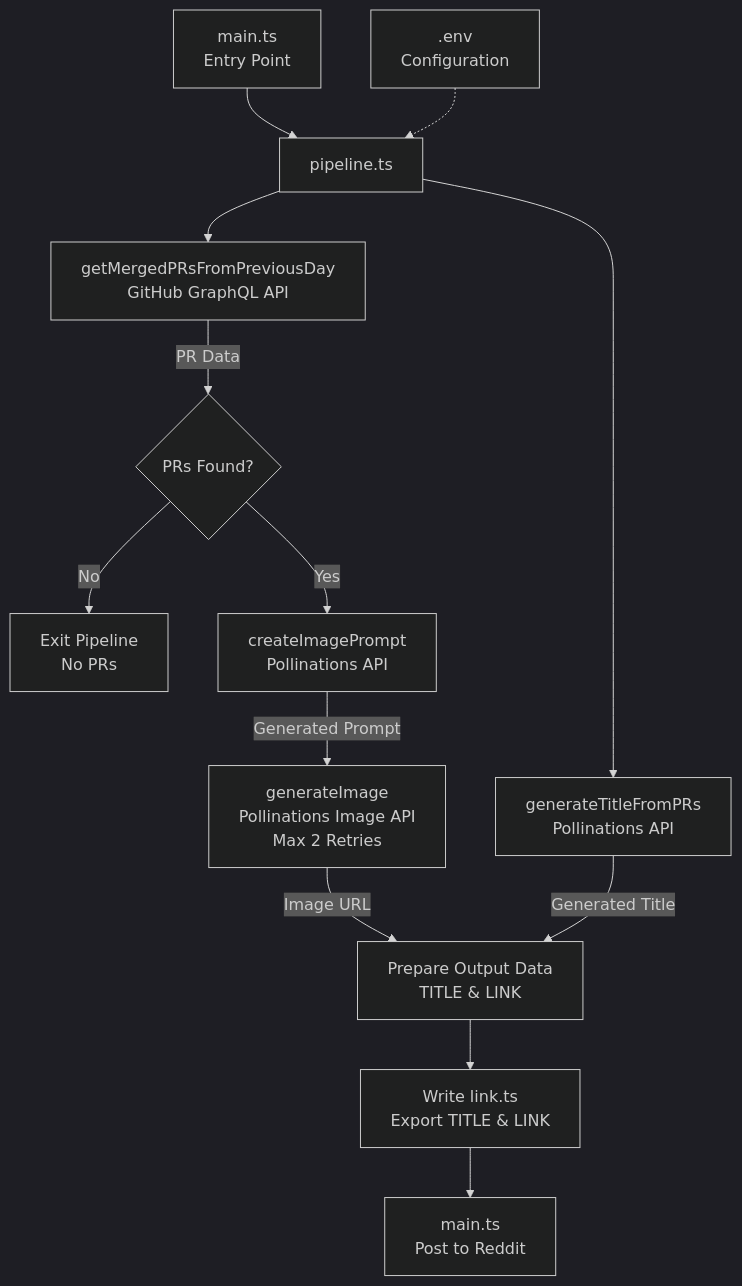
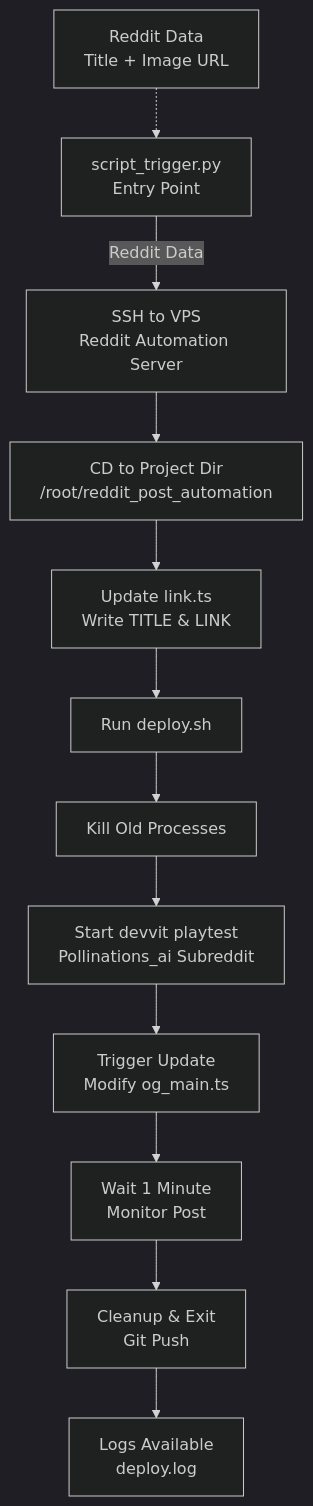
Before and after one commit to pollinations/pollinations: the diagram in social/reddit/README.md, drawn with Mermaid (dark theme). The commit also changed other lines of this file and 451 other files, not shown here.

First line of the commit message:
refactor: consolidate social news pipeline into 3-tier architecture (#8155)

````diff
--- a/social/reddit/README.md
+++ b/social/reddit/README.md
@@ -7,19 +7,17 @@
 ```mermaid
 graph TD
-    A[main.ts<br/>Entry Point] --> B[pipeline.ts]
-    D[.env<br/>Configuration] -.-> B
+    A["script_trigger.py<br/>Entry Point"] -->|Reddit Data| B["SSH to VPS<br/>Reddit Automation Server"]
+    D["Reddit Data<br/>Title + Image URL"] -.-> A
     
-    B --> C["getMergedPRsFromPreviousDay<br/>GitHub GraphQL API"]
-    C -->|PR Data| E{PRs Found?}
-    E -->|No| F["Exit Pipeline<br/>No PRs"]
-    E -->|Yes| G["createImagePrompt<br/>Pollinations API"]
+    B --> C["CD to Project Dir<br/>/root/reddit_post_automation"]
+    C --> E["Update link.ts<br/>Write TITLE & LINK"]
     
-    G -->|Generated Prompt| H["generateImage<br/>Pollinations Image API<br/>Max 2 Retries"]
+    E --> F["Run deploy.sh"]
+    F --> G["Kill Old Processes"]
+    G --> H["Start devvit playtest<br/>Pollinations_ai Subreddit"]
     
-    B --> I["generateTitleFromPRs<br/>Pollinations API"]
-    I -->|Generated Title| J["Prepare Output Data<br/>TITLE & LINK"]
-    
-    H -->|Image URL| J
-    J --> K["Write link.ts<br/>Export TITLE & LINK"]
-    K --> L[main.ts<br/>Post to Reddit]
+    H --> I["Trigger Update<br/>Modify og_main.ts"]
+    I --> J["Wait 1 Minute <br/>Monitor Post"]
+    J --> K["Cleanup & Exit<br/>Git Push"]
+    K --> L["Logs Available<br/>deploy.log"]
 ```
````
